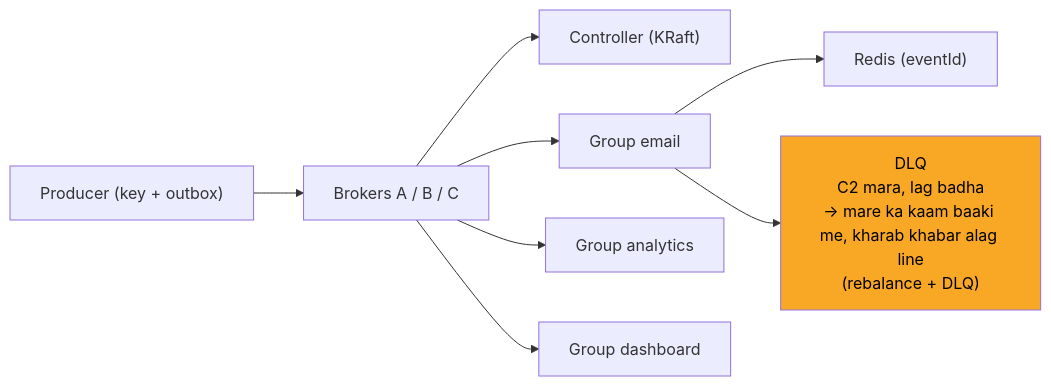
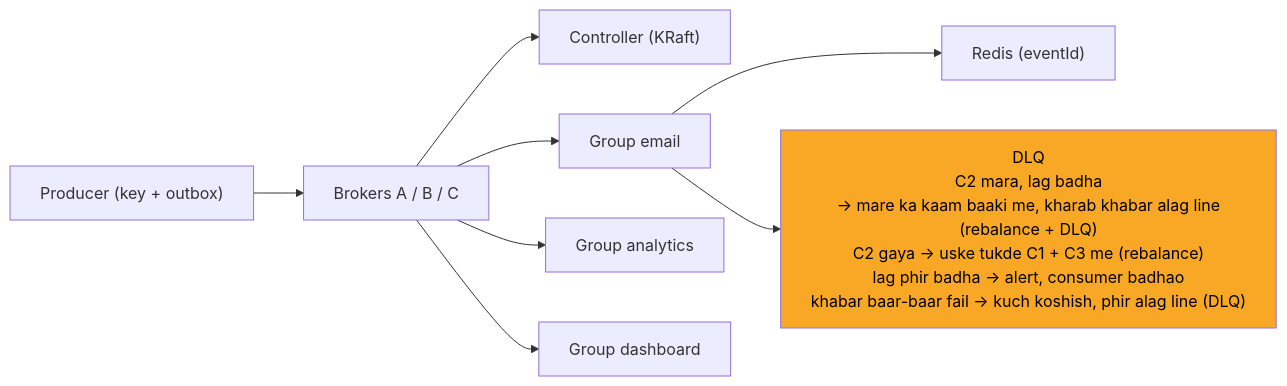
The tenth of 12 diagrams in 04_HLD/SYSTEM_DESIGNS/12_message_queue_kafka/12_message_queue_kafka.md (ArpanMaheshwari144/Prep), drawn with Mermaid before and after one commit. The commit also changed other lines of this file and 12 other files, not shown here.

Commit message:
hld 02-14: peele dabbe me SAFAR ke mod + diagram chauda (wrappingWidth 450)

````diff
--- a/04_HLD/SYSTEM_DESIGNS/12_message_queue_kafka/12_message_queue_kafka.md
+++ b/04_HLD/SYSTEM_DESIGNS/12_message_queue_kafka/12_message_queue_kafka.md
@@ -358,19 +367,20 @@
 ```mermaid
+%%{init: {"flowchart": {"wrappingWidth": 450}}}%%
 flowchart LR
     n_P["Producer (key + outbox)"]
     n_B["Brokers A / B / C"]
     n_K["Controller (KRaft)"]
     n_GE["Group email"]
     n_R["Redis (eventId)"]
-    n_DLQ["DLQ<br/>C2 mara, lag badha<br/>-> mare ka kaam baaki me, kharab khabar alag line<br/>(rebalance + DLQ)"]
+    n_DLQ["DLQ<br/>C2 mara, lag badha<br/>-> mare ka kaam baaki me, kharab khabar alag line<br/>(rebalance + DLQ)<br/>C2 gaya -> uske tukde C1 + C3 me (rebalance)<br/>lag phir badha -> alert, consumer badhao<br/>khabar baar-baar fail -> kuch koshish, phir alag line (DLQ)"]
     n_GA["Group analytics"]
     n_GD["Group dashboard"]
     n_P --> n_B
     n_B --> n_K
     n_B --> n_GE
     n_B --> n_GA
     n_B --> n_GD
     n_GE --> n_R
     n_GE --> n_DLQ
     style n_DLQ fill:#f9a825,color:#000
 ```
````
